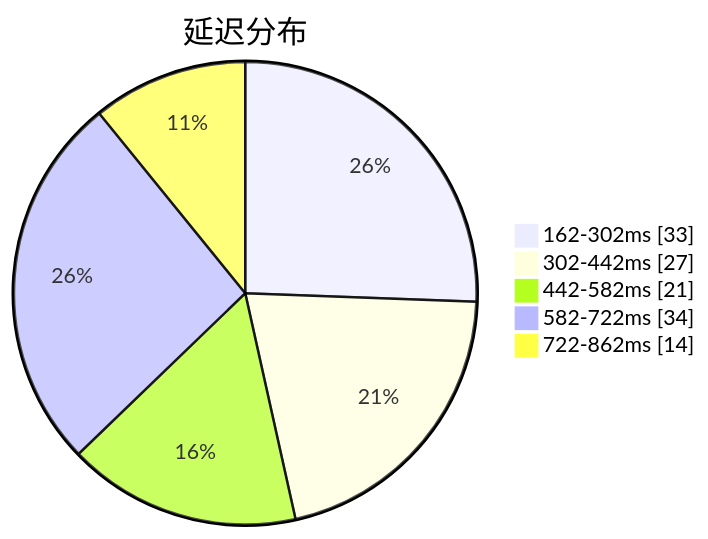
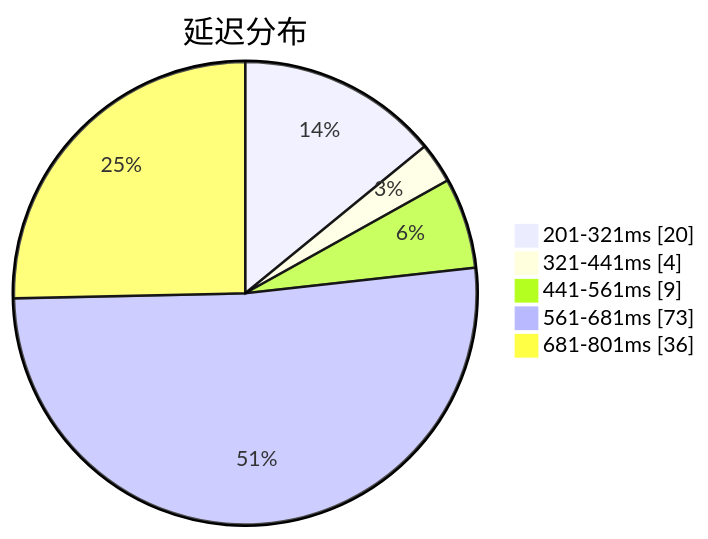
Before and after one commit to qjlxg/airport: the first of 3 diagrams in subs/statistics/tested_within.md, drawn with Mermaid. The commit also changed other lines of this file and 2 other files, not shown here.

````diff
--- a/subs/statistics/tested_within.md
+++ b/subs/statistics/tested_within.md
@@ -2,9 +2,9 @@
 ```mermaid
 pie showData
 title 延迟分布
-"162-302ms" : 33
-"302-442ms" : 27
-"442-582ms" : 21
-"582-722ms" : 34
-"722-862ms" : 14
+"201-321ms" : 20
+"321-441ms" : 4
+"441-561ms" : 9
+"561-681ms" : 73
+"681-801ms" : 36
 ```
````
